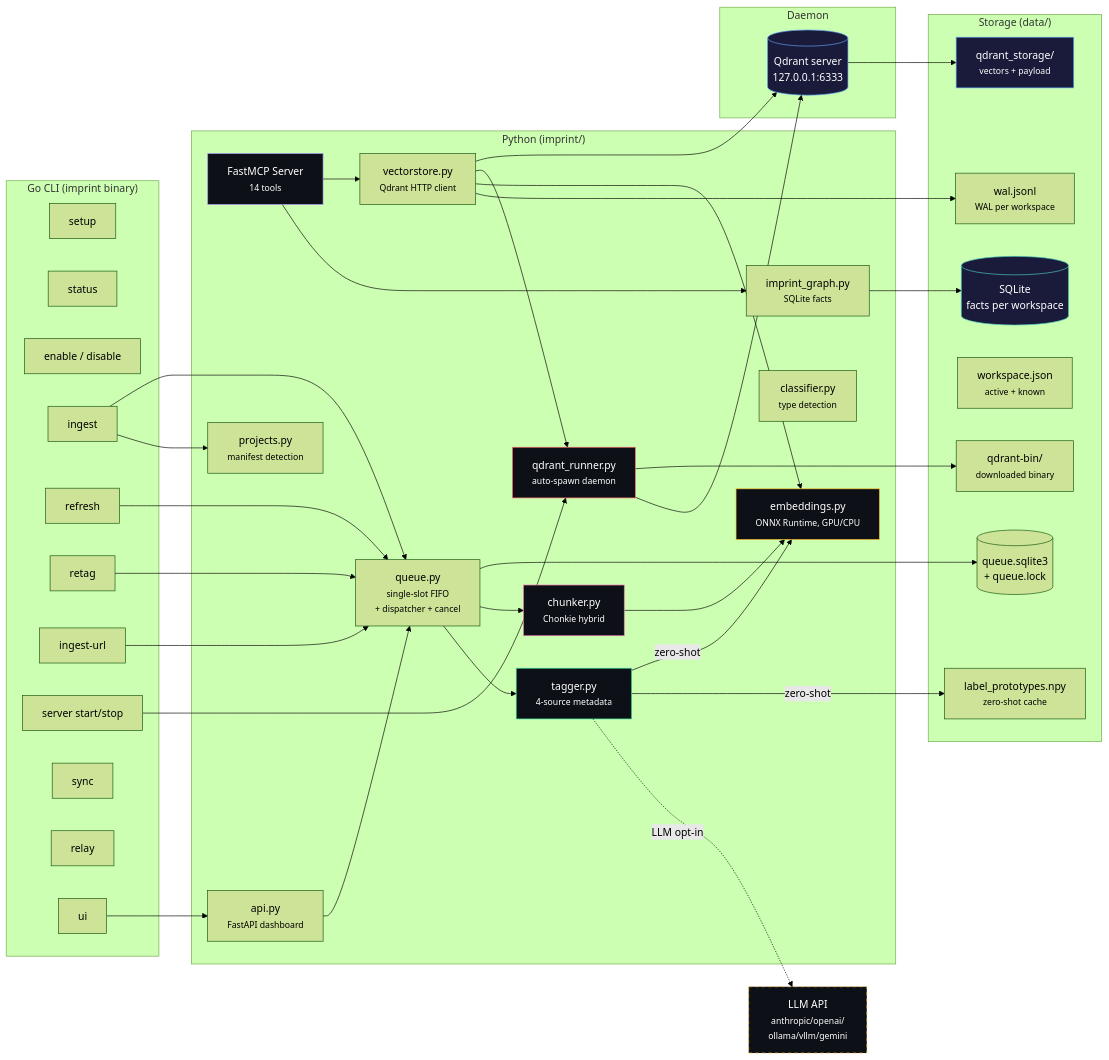
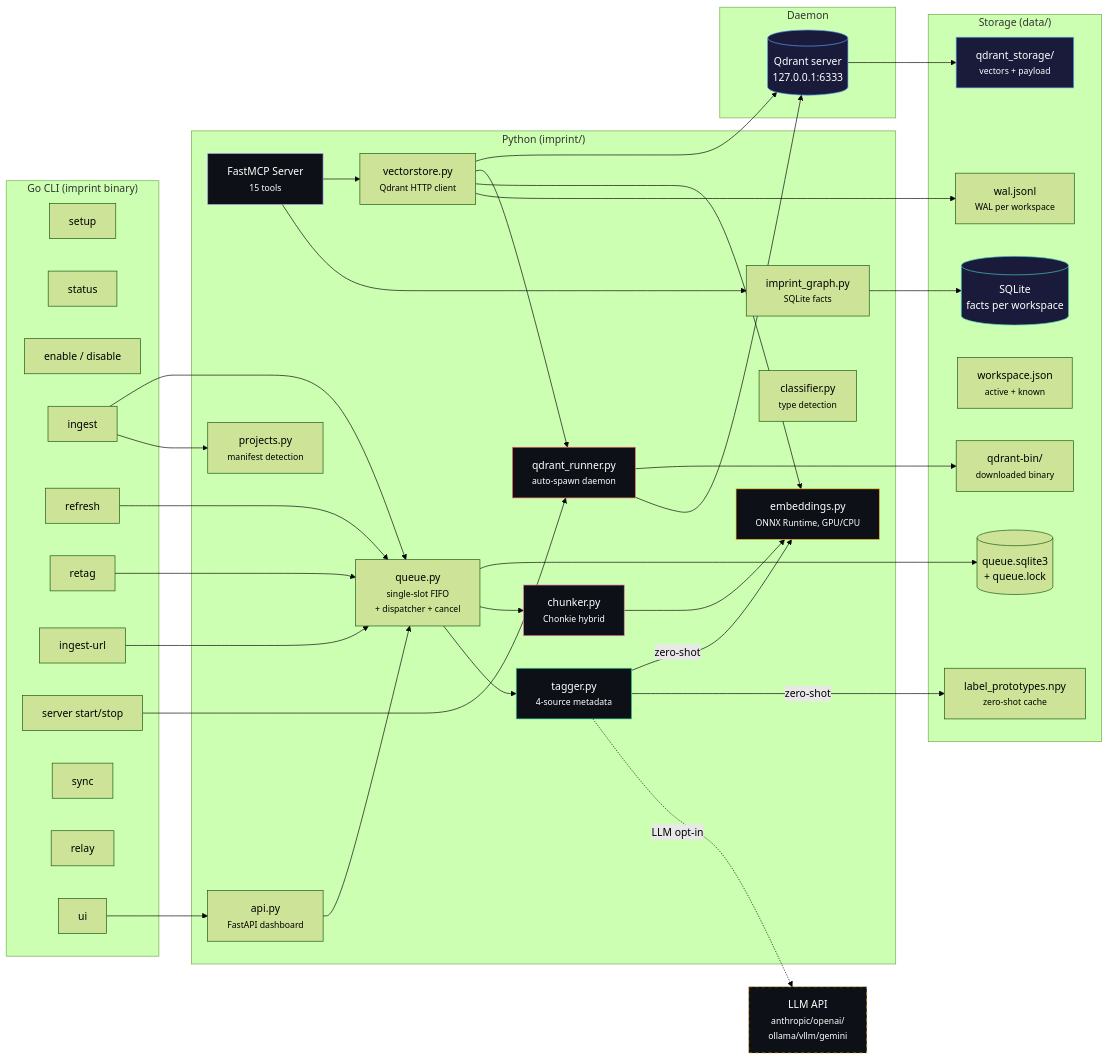
The first of 3 diagrams in docs/architecture.md (alexandruleca/imprint-memory-layer), drawn with Mermaid (forest theme) before and after one commit. The commit also changed 32 other files, not shown here.

````diff
--- a/docs/architecture.md
+++ b/docs/architecture.md
@@ -7,75 +7,75 @@
 ```mermaid
 graph LR
     subgraph "Go CLI (imprint binary)"
         SETUP[setup]
         STATUS[status]
         ENABLE[enable / disable]
         INGEST[ingest]
         REFRESH[refresh]
         RETAG[retag]
         IURL[ingest-url]
         SERVER[server start/stop]
         SYNC[sync]
         RELAY[relay]
         UI[ui]
     end
 
     subgraph "Python (imprint/)"
-        MCP[FastMCP Server<br/><small>14 tools</small>]
+        MCP[FastMCP Server<br/><small>15 tools</small>]
         VS[vectorstore.py<br/><small>Qdrant HTTP client</small>]
         QR[qdrant_runner.py<br/><small>auto-spawn daemon</small>]
         EMB[embeddings.py<br/><small>ONNX Runtime, GPU/CPU</small>]
         KG[imprint_graph.py<br/><small>SQLite facts</small>]
         CHK[chunker.py<br/><small>Chonkie hybrid</small>]
         TAG[tagger.py<br/><small>4-source metadata</small>]
         CLS[classifier.py<br/><small>type detection</small>]
         PRJ[projects.py<br/><small>manifest detection</small>]
         QUEUE[queue.py<br/><small>single-slot FIFO<br/>+ dispatcher + cancel</small>]
         API[api.py<br/><small>FastAPI dashboard</small>]
     end
 
     subgraph "Daemon"
         QSRV[(Qdrant server<br/>127.0.0.1:6333)]
     end
 
     subgraph "Storage (data/)"
         QSTORE[qdrant_storage/<br/><small>vectors + payload</small>]
         SQLITE[(SQLite<br/>facts per workspace)]
         WAL[wal.jsonl<br/><small>WAL per workspace</small>]
         WSCFG[workspace.json<br/><small>active + known</small>]
         PROTO[label_prototypes.npy<br/><small>zero-shot cache</small>]
         QBIN[qdrant-bin/<br/><small>downloaded binary</small>]
         QDB[(queue.sqlite3<br/>+ queue.lock)]
     end
 
     MCP --> VS --> QSRV --> QSTORE
     MCP --> KG --> SQLITE
     VS --> QR
     QR --> QBIN
     QR --> QSRV
     VS --> EMB
     VS --> WAL
     INGEST --> QUEUE
     REFRESH --> QUEUE
     RETAG --> QUEUE
     IURL --> QUEUE
     UI --> API --> QUEUE
     QUEUE --> QDB
     QUEUE --> CHK --> EMB
     QUEUE --> TAG
     TAG --zero-shot--> EMB
     TAG --zero-shot--> PROTO
     TAG -.LLM opt-in.-> LLM_API[LLM API<br/><small>anthropic/openai/<br/>ollama/vllm/gemini</small>]
     INGEST --> PRJ
     SERVER --> QR
 
     style QSRV fill:#1a1a3a,stroke:#60a5fa,color:#fff
     style QSTORE fill:#1a1a3a,stroke:#60a5fa,color:#fff
     style SQLITE fill:#1a1a3a,stroke:#4ecdc4,color:#fff
     style MCP fill:#0d1117,stroke:#a78bfa,color:#fff
     style EMB fill:#0d1117,stroke:#fbbf24,color:#fff
     style CHK fill:#0d1117,stroke:#f472b6,color:#fff
     style TAG fill:#0d1117,stroke:#34d399,color:#fff
     style QR fill:#0d1117,stroke:#ff6b6b,color:#fff
     style LLM_API fill:#0d1117,stroke:#fbbf24,color:#fff,stroke-dasharray: 5 5
 ```
````
